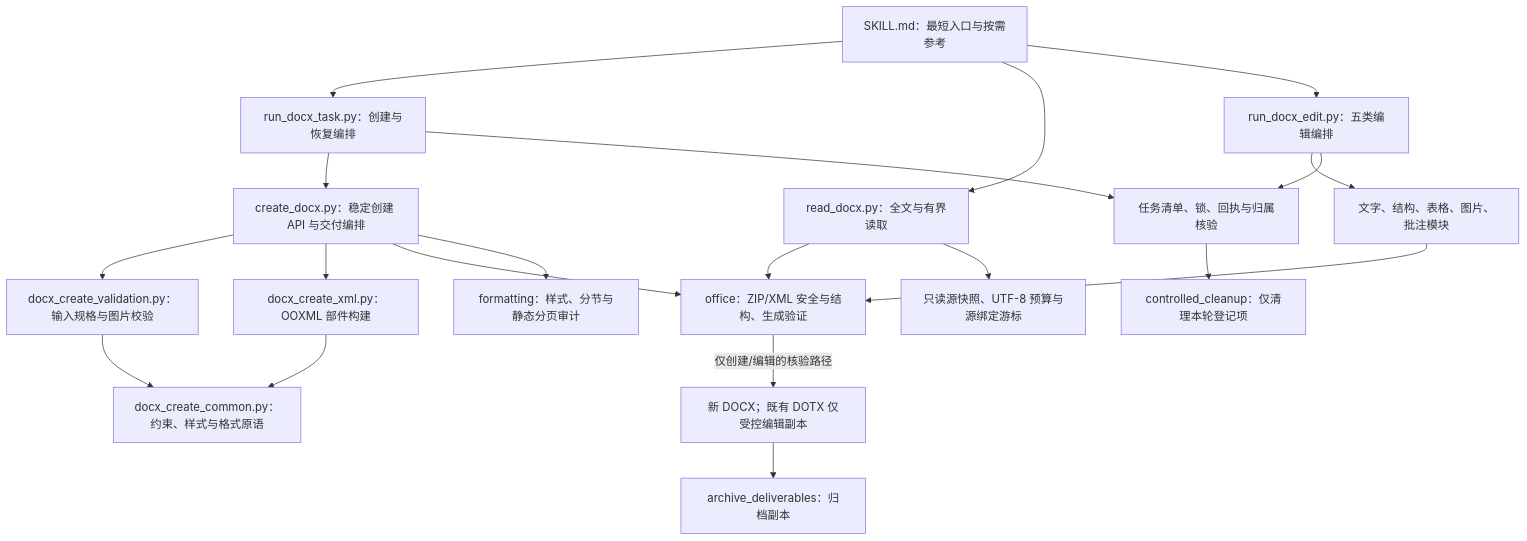
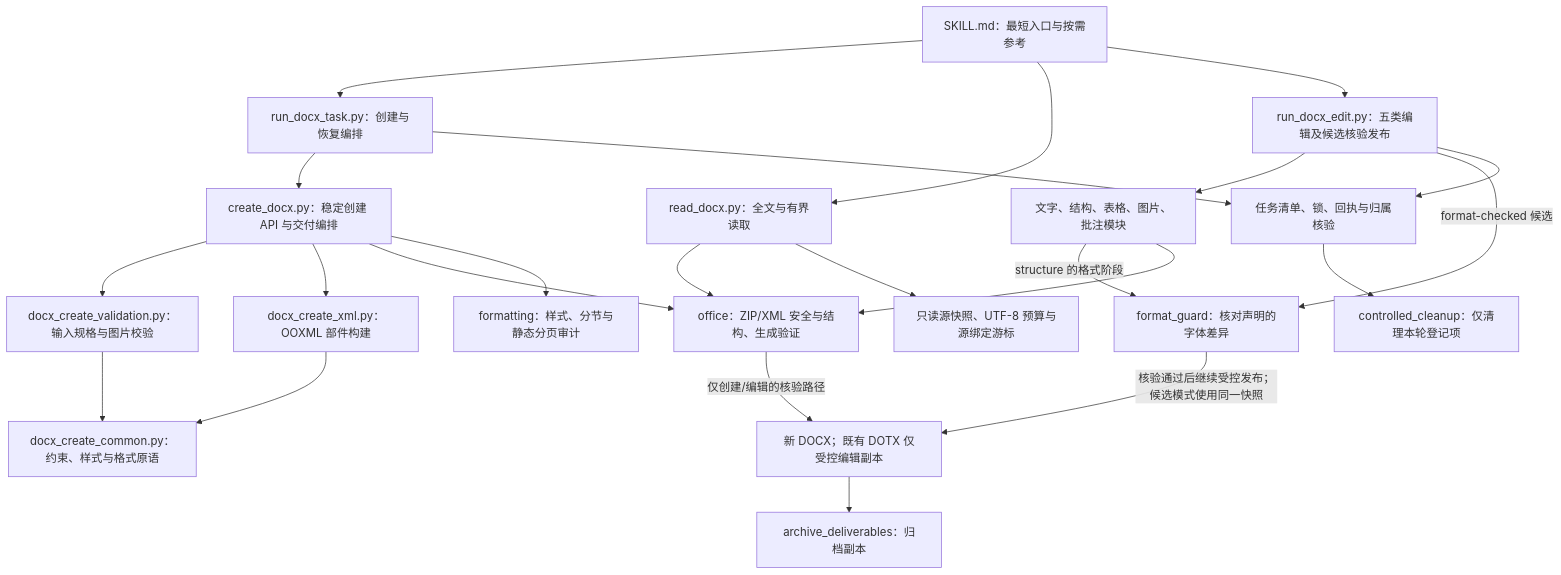
One commit to JohnParken/PSL-SKILLS changed the first of 2 diagrams in docs/skills/docx.md. Above: the diagram before and after it, drawn with Mermaid. The commit also changed other lines of this file and 1 other file, not shown here.

Commit message:
docs: align README and DOCX guidance

````diff
--- a/docs/skills/docx.md
+++ b/docs/skills/docx.md
@@ -48,22 +48,25 @@
 ```mermaid
 flowchart TD
     A["SKILL.md：最短入口与按需参考"] --> B["run_docx_task.py：创建与恢复编排"]
     A --> C["read_docx.py：全文与有界读取"]
-    A --> D["run_docx_edit.py：五类编辑编排"]
+    A --> D["run_docx_edit.py：五类编辑及候选核验发布"]
     B --> E["create_docx.py：稳定创建 API 与交付编排"]
     E --> ES["docx_create_validation.py：输入规格与图片校验"]
     ES --> EC["docx_create_common.py：约束、样式与格式原语"]
     E --> EX["docx_create_xml.py：OOXML 部件构建"]
     EX --> EC
     D --> F["文字、结构、表格、图片、批注模块"]
+    D -->|"format-checked 候选"| FG["format_guard：核对声明的字体差异"]
+    F -->|"structure 的格式阶段"| FG
+    FG -->|"核验通过后继续受控发布；候选模式使用同一快照"| I
     E --> G["office：ZIP/XML 安全与结构、生成验证"]
     F --> G
     C --> G
     C --> P["只读源快照、UTF-8 预算与源绑定游标"]
     E --> H["formatting：样式、分节与静态分页审计"]
     G -->|"仅创建/编辑的核验路径"| I["新 DOCX；既有 DOTX 仅受控编辑副本"]
     B --> J["任务清单、锁、回执与归属核验"]
     D --> J
     I --> K["archive_deliverables：归档副本"]
     J --> L["controlled_cleanup：仅清理本轮登记项"]
 ```
````
